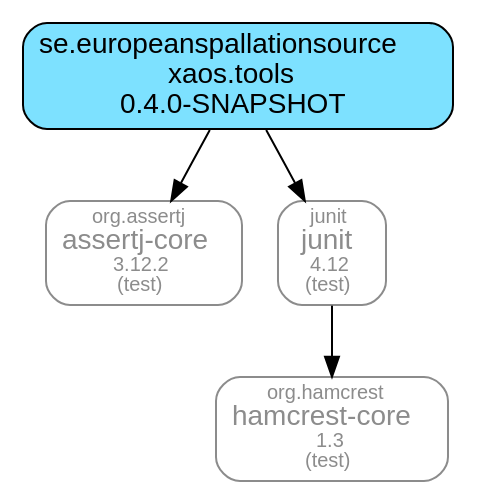
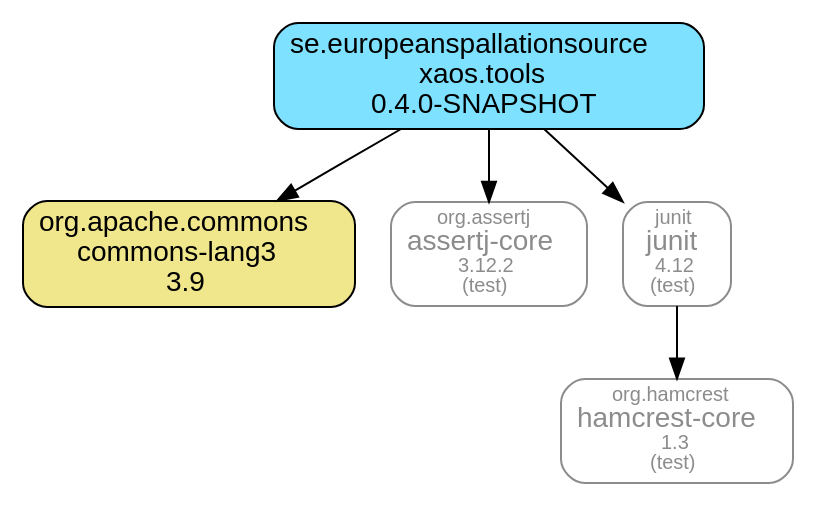
The diagram in xaos.tools.module/doc/maven-dependencies.dot (ESSICS/XAOS), drawn with Graphviz before and after one commit. The commit also changed 24 other files, not shown here.

```diff
--- a/xaos.tools.module/doc/maven-dependencies.dot
+++ b/xaos.tools.module/doc/maven-dependencies.dot
@@ -1,15 +1,17 @@
 digraph "xaos.tools" {
   node [shape="box",style="rounded",fontname="Helvetica",fontsize="14"]
   edge [fontsize="10",fontname="Helvetica"]
 
   // Node Definitions:
   "se.europeanspallationsource:xaos.tools:jar"[shape="box",style="rounded, filled",fillcolor="#7DE1FF",label=<se.europeanspallationsource<br/>xaos.tools<br/>0.4.0-SNAPSHOT>]
+  "org.apache.commons:commons-lang3:jar"[shape="box",style="rounded, filled",fillcolor="khaki",label=<org.apache.commons<br/>commons-lang3<br/>3.9>]
   "org.assertj:assertj-core:jar"[shape="box",style="rounded",color="grey55",fontname="Helvetica",fontsize="14",fontcolor="grey55",label=<<font color="grey55" point-size="10">org.assertj</font><br/>assertj-core<font color="grey55" point-size="10"><br/>3.12.2</font><font color="grey55" point-size="10"><br/>(test)</font>>]
   "junit:junit:jar"[shape="box",style="rounded",color="grey55",fontname="Helvetica",fontsize="14",fontcolor="grey55",label=<<font color="grey55" point-size="10">junit</font><br/>junit<font color="grey55" point-size="10"><br/>4.12</font><font color="grey55" point-size="10"><br/>(test)</font>>]
   "org.hamcrest:hamcrest-core:jar"[shape="box",style="rounded",color="grey55",fontname="Helvetica",fontsize="14",fontcolor="grey55",label=<<font color="grey55" point-size="10">org.hamcrest</font><br/>hamcrest-core<font color="grey55" point-size="10"><br/>1.3</font><font color="grey55" point-size="10"><br/>(test)</font>>]
 
   // Edge Definitions:
+  "se.europeanspallationsource:xaos.tools:jar" -> "org.apache.commons:commons-lang3:jar"
   "se.europeanspallationsource:xaos.tools:jar" -> "org.assertj:assertj-core:jar"
   "junit:junit:jar" -> "org.hamcrest:hamcrest-core:jar"
   "se.europeanspallationsource:xaos.tools:jar" -> "junit:junit:jar"
 }
```
